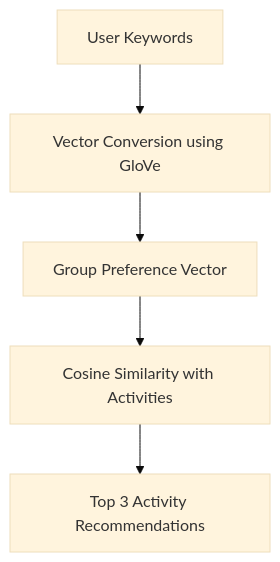
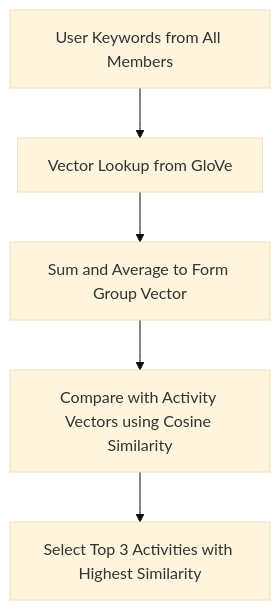
One commit to Sabique-Islam/Activity-Recommender-CLI changed the diagram in README.md. Above: the diagram before and after it, drawn with Mermaid (base theme).

Commit message:
README update

````diff
--- a/README.md
+++ b/README.md
@@ -19,7 +19,7 @@
 ```mermaid
 graph TD;
-    A[User Keywords] --> B[Vector Conversion using GloVe];
-    B --> C[Group Preference Vector];
-    C --> D[Cosine Similarity with Activities];
-    D --> E[Top 3 Activity Recommendations];
+    A[User Keywords from All Members] --> B[Vector Lookup from GloVe];
+    B --> C[Sum and Average to Form Group Vector];
+    C --> D[Compare with Activity Vectors using Cosine Similarity];
+    D --> E[Select Top 3 Activities with Highest Similarity];
 ```
````
